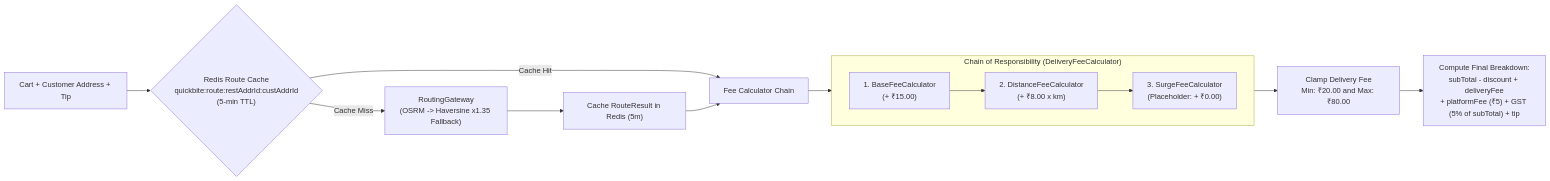
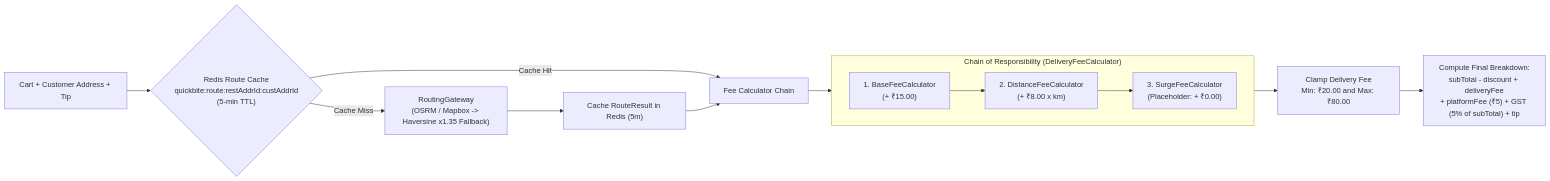
Before and after one commit to eshant52/quickbite-backend: the first of 7 diagrams in docs/order-process.md, drawn with Mermaid. The commit also changed other lines of this file and 36 other files, not shown here.

First line of the commit message:
docs: update architecture guides, benchmark tooling, and Postman collections

````diff
--- a/docs/order-process.md
+++ b/docs/order-process.md
@@ -202,17 +202,17 @@
 ```mermaid
 flowchart LR
     Start["Cart + Customer Address + Tip"] --> RouteCache{"Redis Route Cache<br/>quickbite:route:restAddrId:custAddrId<br/>(5-min TTL)"}
     RouteCache -->|Cache Hit| Chain["Fee Calculator Chain"]
-    RouteCache -->|Cache Miss| Gateway["RoutingGateway<br/>(OSRM -> Haversine x1.35 Fallback)"]
+    RouteCache -->|Cache Miss| Gateway["RoutingGateway<br/>(OSRM / Mapbox -> Haversine x1.35 Fallback)"]
     Gateway --> SaveCache["Cache RouteResult in Redis (5m)"] --> Chain
 
     subgraph FeeChain["Chain of Responsibility (DeliveryFeeCalculator)"]
         direction LR
         C1["1. BaseFeeCalculator<br/>(+ ₹15.00)"] --> C2["2. DistanceFeeCalculator<br/>(+ ₹8.00 x km)"]
         C2 --> C3["3. SurgeFeeCalculator<br/>(Placeholder: + ₹0.00)"]
     end
 
     Chain --> C1
     C3 --> Clamp["Clamp Delivery Fee<br/>Min: ₹20.00 and Max: ₹80.00"]
     Clamp --> Total["Compute Final Breakdown:<br/>subTotal - discount + deliveryFee<br/>+ platformFee (₹5) + GST (5% of subTotal) + tip"]
 ```
````
